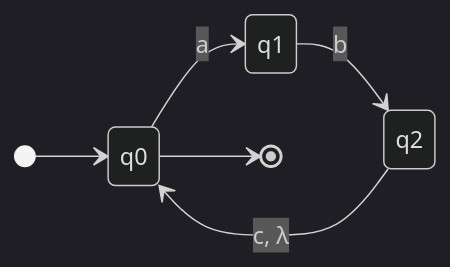
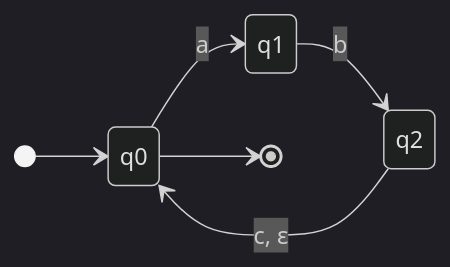
The sixth of 12 diagrams in iuh/môn/hk1-4/automat/3-4/giai_bai_tap_nfa.md (lelongc/rac), drawn with Mermaid (dark theme) before and after one commit. The commit also changed other lines of this file and 7 other files, not shown here.

````diff
--- a/iuh/môn/hk1-4/automat/3-4/giai_bai_tap_nfa.md
+++ b/iuh/môn/hk1-4/automat/3-4/giai_bai_tap_nfa.md
@@ -417,9 +417,9 @@
 ```mermaid
 stateDiagram-v2
     direction LR
     [*] --> q0
     q0 --> q1: a
     q1 --> q2: b
-    q2 --> q0: c, λ
+    q2 --> q0: c, ε
     q0 --> [*]
 ```
````
